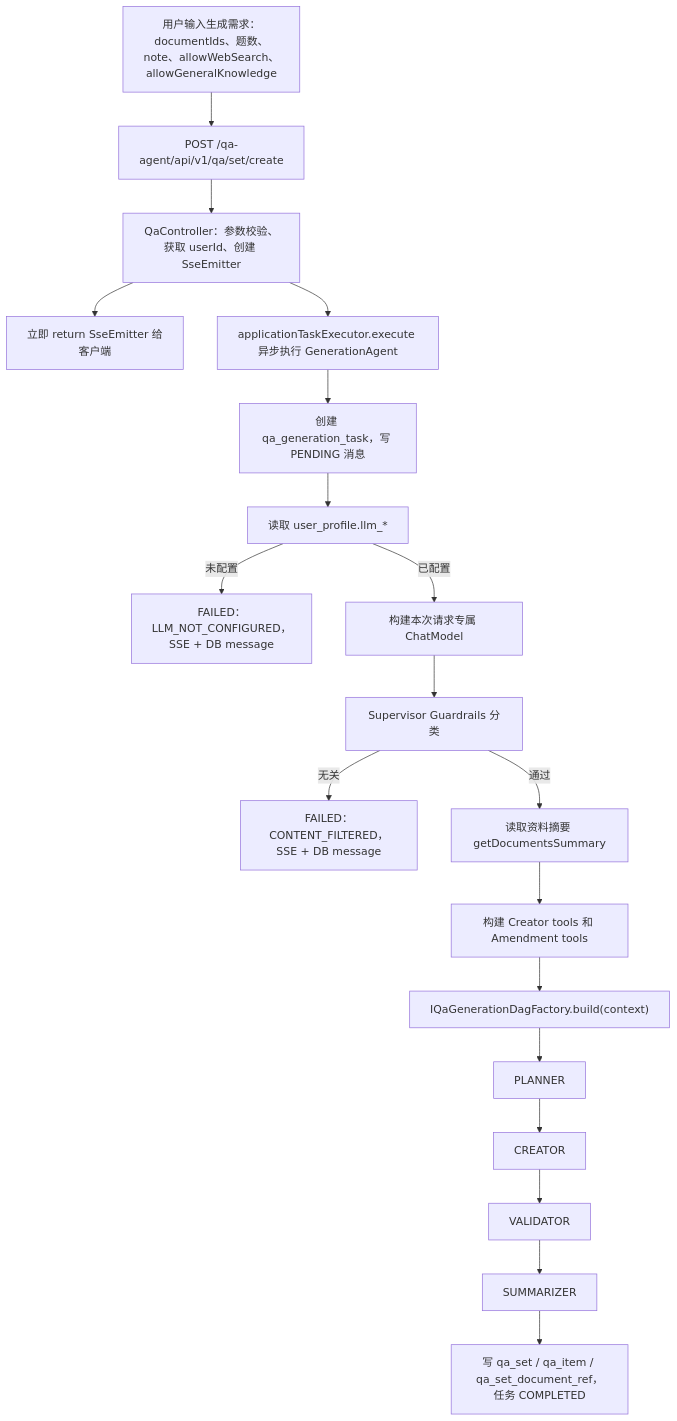
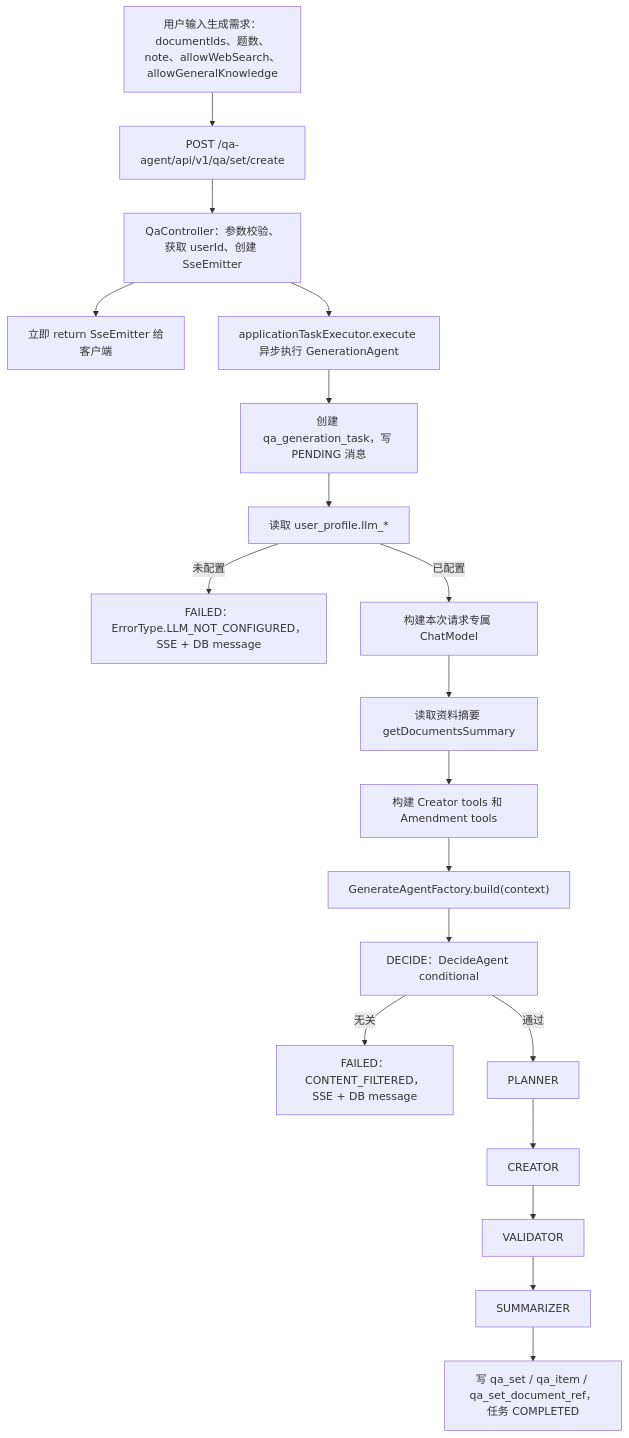
Before and after one commit to dasi0227/QA-Agent: the first of 3 diagrams in docs/V3-GenerateAgent-Design.md, drawn with Mermaid. The commit also changed other lines of this file and 86 other files, not shown here.

First line of the commit message:
feat: implement V3 generate agent DAG

````diff
--- a/docs/V3-GenerateAgent-Design.md
+++ b/docs/V3-GenerateAgent-Design.md
@@ -23,21 +24,21 @@
 ```mermaid
 flowchart TD
     U["用户输入生成需求：documentIds、题数、note、allowWebSearch、allowGeneralKnowledge"] --> API["POST /qa-agent/api/v1/qa/set/create"]
     API --> C["QaController：参数校验、获取 userId、创建 SseEmitter"]
     C --> R["立即 return SseEmitter 给客户端"]
     C --> A["applicationTaskExecutor.execute 异步执行 GenerationAgent"]
     A --> T["创建 qa_generation_task，写 PENDING 消息"]
     T --> L["读取 user_profile.llm_*"]
-    L -->|未配置| F1["FAILED：LLM_NOT_CONFIGURED，SSE + DB message"]
+    L -->|未配置| F1["FAILED：ErrorType.LLM_NOT_CONFIGURED，SSE + DB message"]
     L -->|已配置| M["构建本次请求专属 ChatModel"]
-    M --> G["Supervisor Guardrails 分类"]
-    G -->|无关| F2["FAILED：CONTENT_FILTERED，SSE + DB message"]
-    G -->|通过| D["读取资料摘要 getDocumentsSummary"]
+    M --> D["读取资料摘要 getDocumentsSummary"]
     D --> TOOL["构建 Creator tools 和 Amendment tools"]
-    TOOL --> DAG["IQaGenerationDagFactory.build(context)"]
-    DAG --> P["PLANNER"]
+    TOOL --> DAG["GenerateAgentFactory.build(context)"]
+    DAG --> DE["DECIDE：DecideAgent conditional"]
+    DE -->|无关| F2["FAILED：CONTENT_FILTERED，SSE + DB message"]
+    DE -->|通过| P["PLANNER"]
     P --> CR["CREATOR"]
     CR --> V["VALIDATOR"]
     V --> S["SUMMARIZER"]
     S --> DONE["写 qa_set / qa_item / qa_set_document_ref，任务 COMPLETED"]
 ```
````
